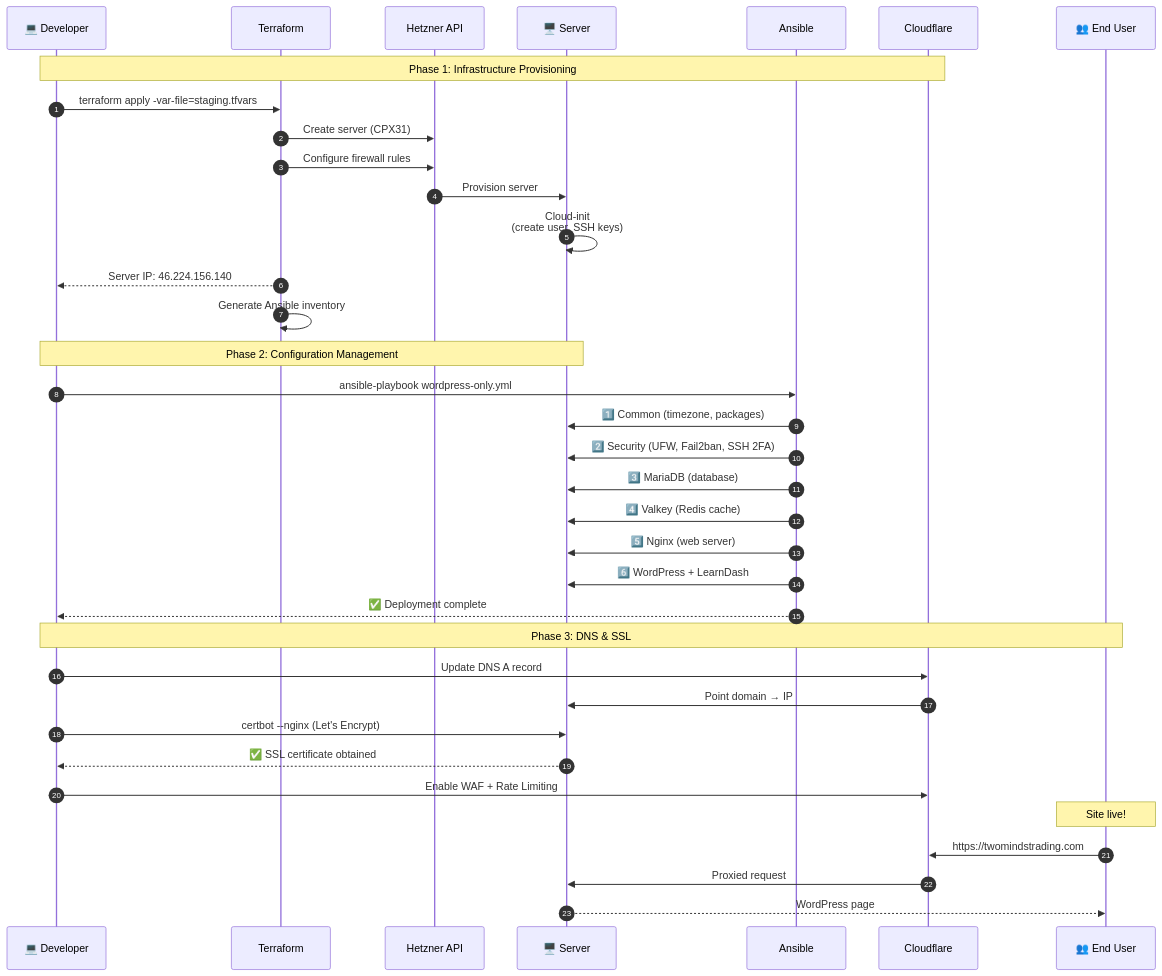
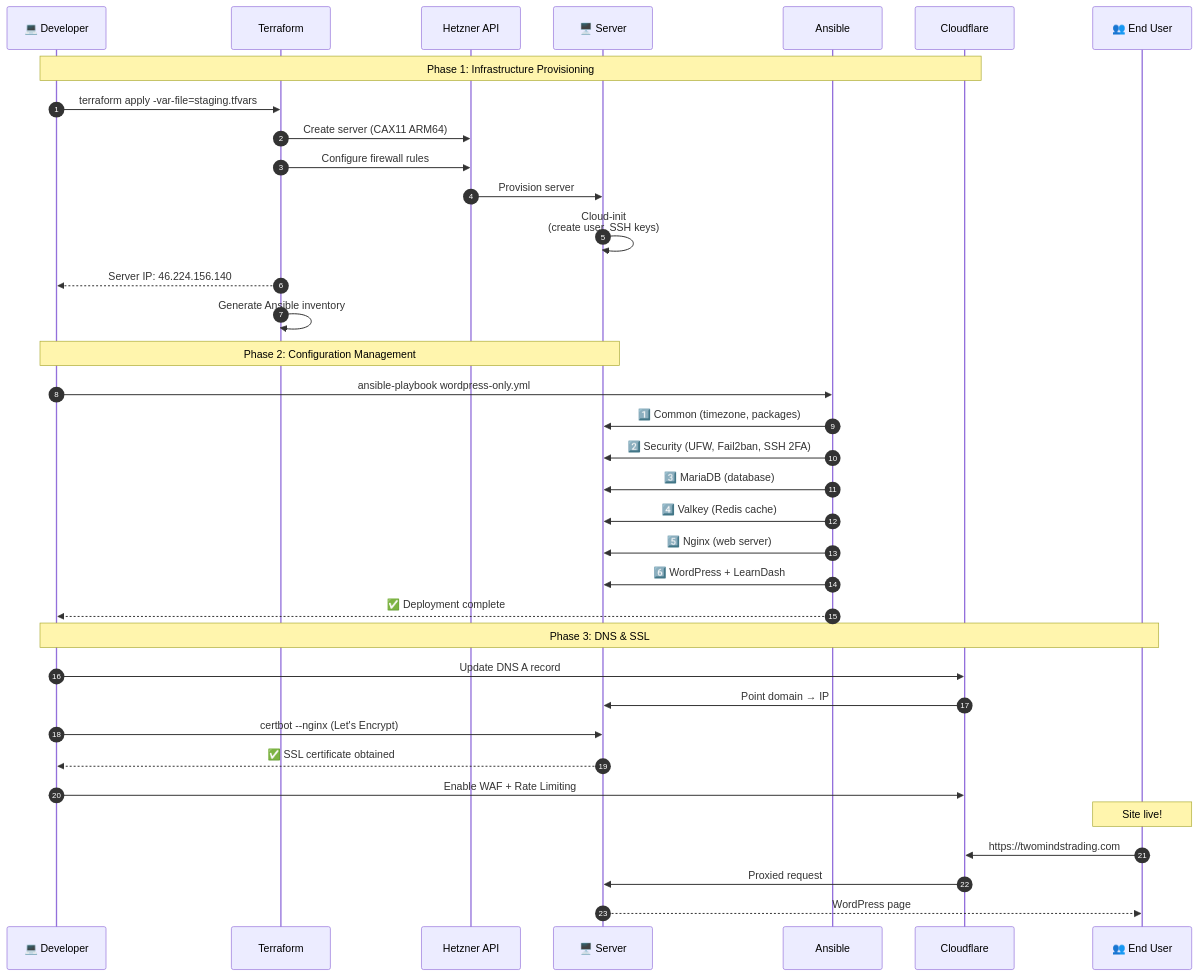
The second of 11 diagrams in docs/infrastructure/WORDPRESS-STACK-MERMAID.md (malpanez/hetzner-secure-infrastructure), drawn with Mermaid before and after one commit. The commit also changed other lines of this file and 38 other files, not shown here.

````diff
--- a/docs/infrastructure/WORDPRESS-STACK-MERMAID.md
+++ b/docs/infrastructure/WORDPRESS-STACK-MERMAID.md
@@ -87,42 +87,42 @@
 ```mermaid
 sequenceDiagram
     autonumber
     participant Dev as 💻 Developer
     participant TF as Terraform
     participant Hetzner as Hetzner API
     participant Server as 🖥️ Server
     participant Ansible as Ansible
     participant CF as Cloudflare
     participant User as 👥 End User
 
     Note over Dev,CF: Phase 1: Infrastructure Provisioning
     Dev->>TF: terraform apply -var-file=staging.tfvars
-    TF->>Hetzner: Create server (CPX31)
+    TF->>Hetzner: Create server (CAX11 ARM64)
     TF->>Hetzner: Configure firewall rules
     Hetzner->>Server: Provision server
     Server->>Server: Cloud-init<br/>(create user, SSH keys)
     TF-->>Dev: Server IP: 46.224.156.140
     TF->>TF: Generate Ansible inventory
 
     Note over Dev,Server: Phase 2: Configuration Management
     Dev->>Ansible: ansible-playbook wordpress-only.yml
     Ansible->>Server: 1️⃣ Common (timezone, packages)
     Ansible->>Server: 2️⃣ Security (UFW, Fail2ban, SSH 2FA)
     Ansible->>Server: 3️⃣ MariaDB (database)
     Ansible->>Server: 4️⃣ Valkey (Redis cache)
     Ansible->>Server: 5️⃣ Nginx (web server)
     Ansible->>Server: 6️⃣ WordPress + LearnDash
     Ansible-->>Dev: ✅ Deployment complete
 
     Note over Dev,User: Phase 3: DNS & SSL
     Dev->>CF: Update DNS A record
     CF->>Server: Point domain → IP
     Dev->>Server: certbot --nginx (Let's Encrypt)
     Server-->>Dev: ✅ SSL certificate obtained
     Dev->>CF: Enable WAF + Rate Limiting
 
     Note over User: Site live!
     User->>CF: https://twomindstrading.com
     CF->>Server: Proxied request
     Server-->>User: WordPress page
 ```
````
